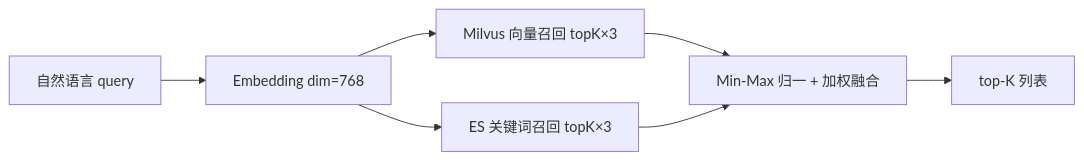
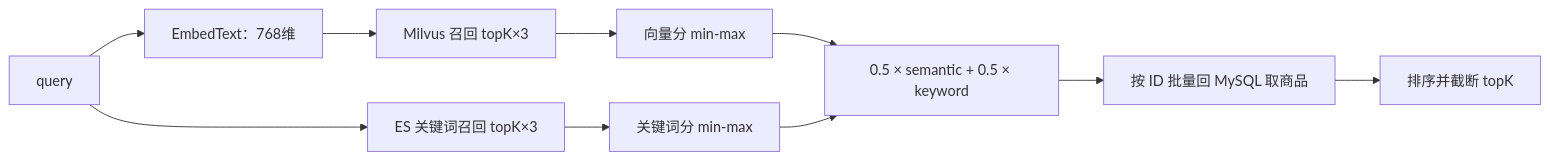
Before and after one commit to RedInn7/gomall: the third of 3 diagrams in docs/lecture/03-product-search.md, drawn with Mermaid. The commit also changed other lines of this file and 2 other files, not shown here.

````diff
--- a/docs/lecture/03-product-search.md
+++ b/docs/lecture/03-product-search.md
@@ -422,9 +154,12 @@
 ```mermaid
 flowchart LR
-    q["自然语言 query"] --> emb["Embedding dim=768"]
-    emb --> mv["Milvus 向量召回 topK×3"]
-    emb --> es["ES 关键词召回 topK×3"]
-    mv --> fuse["Min-Max 归一 + 加权融合"]
-    es --> fuse
-    fuse --> out["top-K 列表"]
+    q["query"] --> emb["EmbedText：768维"]
+    emb --> vec["Milvus 召回 topK×3"]
+    q --> kw["ES 关键词召回 topK×3"]
+    vec --> norm1["向量分 min-max"]
+    kw --> norm2["关键词分 min-max"]
+    norm1 --> fuse["0.5 × semantic + 0.5 × keyword"]
+    norm2 --> fuse
+    fuse --> db["按 ID 批量回 MySQL 取商品"]
+    db --> top["排序并截断 topK"]
 ```
````
